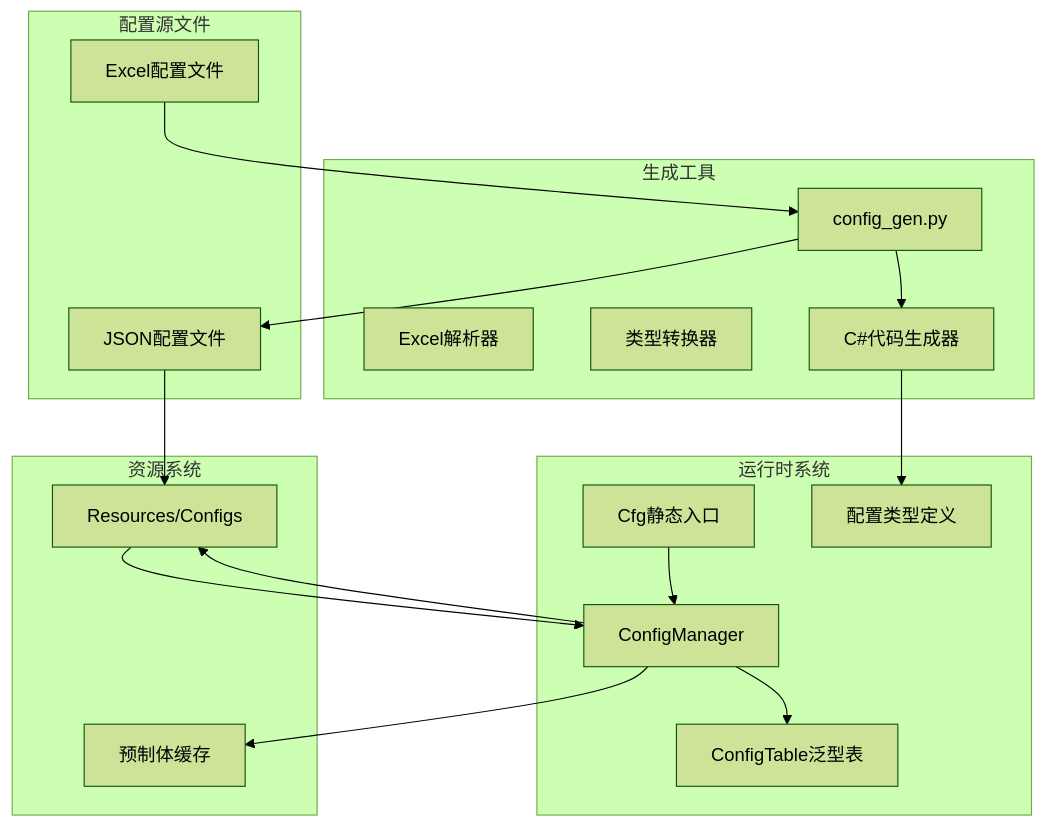
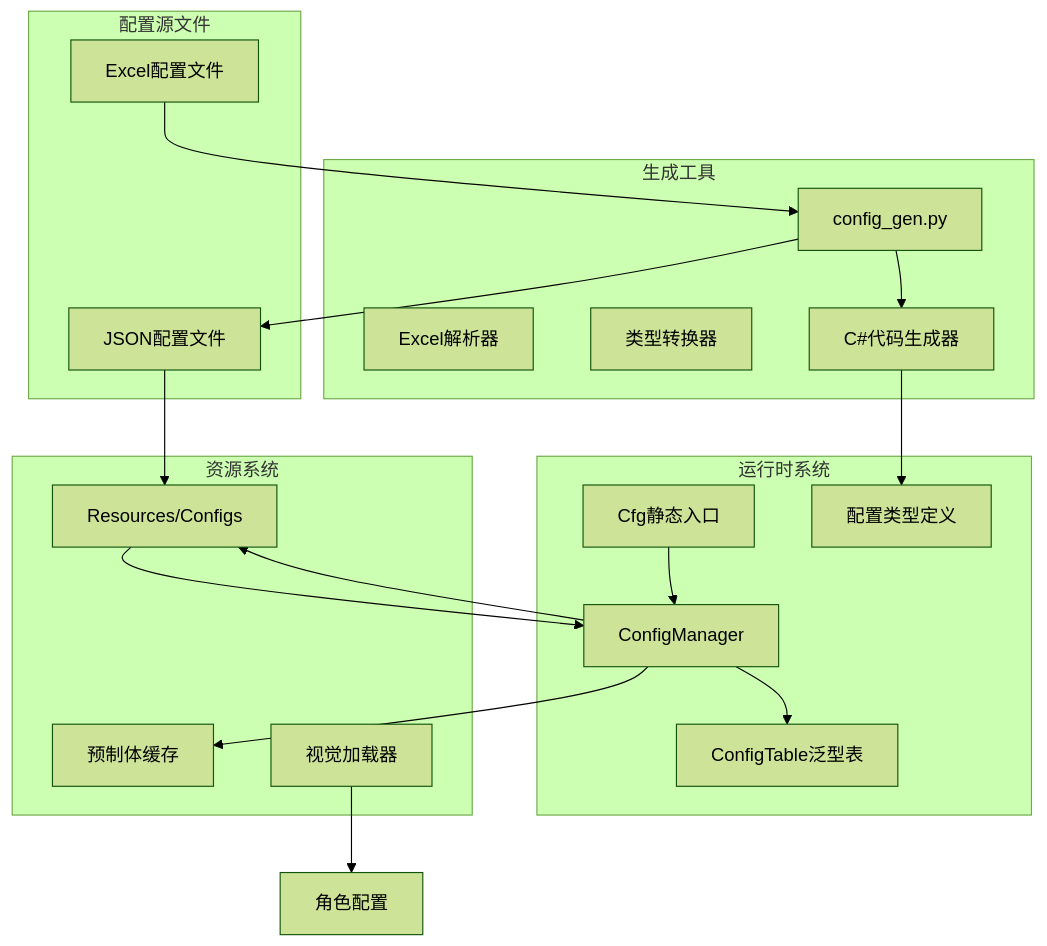
Before and after one commit to Tuusen/p1_client: the first of 8 diagrams in .qoder/repowiki/zh/content/Old Configuration System.md, drawn with Mermaid (forest theme). The commit also changed other lines of this file and 5 other files, not shown here.

````diff
--- a/.qoder/repowiki/zh/content/Old Configuration System.md
+++ b/.qoder/repowiki/zh/content/Old Configuration System.md
@@ -56,33 +63,35 @@
 ```mermaid
 graph TB
 subgraph "配置源文件"
 Excel[Excel配置文件]
 JSON[JSON配置文件]
 end
 subgraph "生成工具"
 Generator[config_gen.py]
 Parser[Excel解析器]
 Converter[类型转换器]
 CSharpGen[C#代码生成器]
 end
 subgraph "运行时系统"
 Cfg[Cfg静态入口]
 Manager[ConfigManager]
 Tables[ConfigTable泛型表]
 Types[配置类型定义]
 end
 subgraph "资源系统"
 Resources[Resources/Configs]
 Prefabs[预制体缓存]
+VisualLoader[视觉加载器]
 end
 Excel --> Generator
 JSON --> Resources
 Generator --> JSON
 Generator --> CSharpGen
 CSharpGen --> Types
 Cfg --> Manager
 Manager --> Tables
 Manager --> Resources
 Manager --> Prefabs
 Resources --> Manager
+VisualLoader --> RoleConfig[角色配置]
 ```
````
